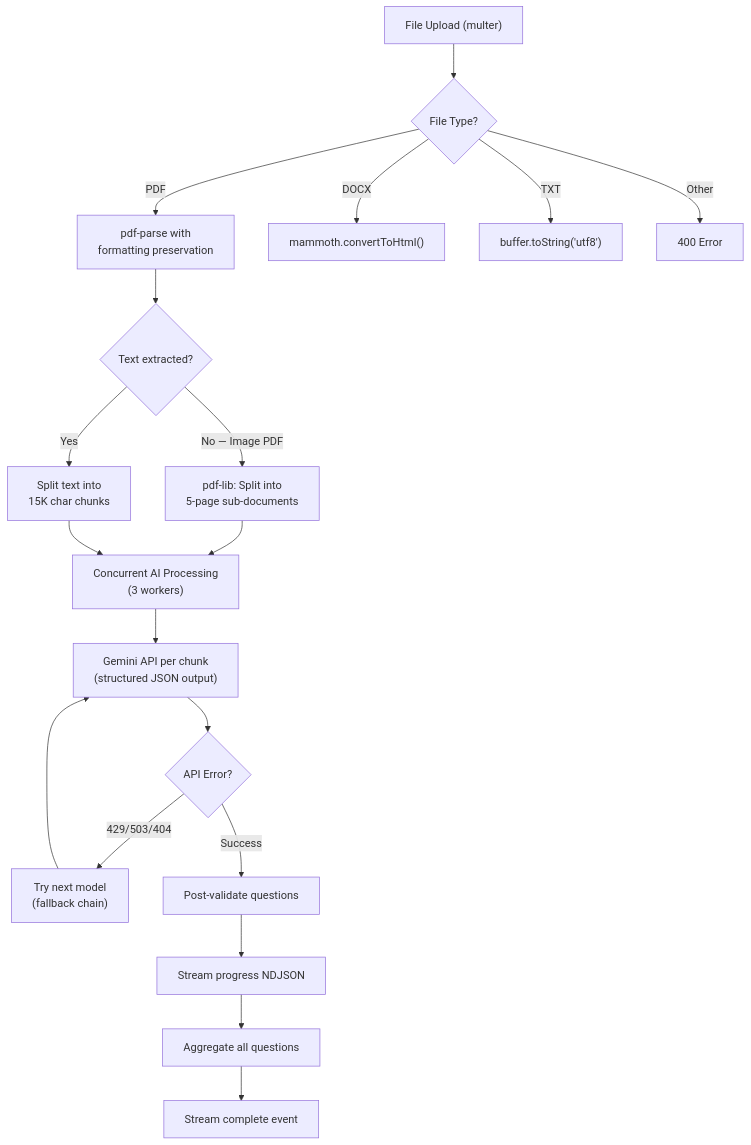
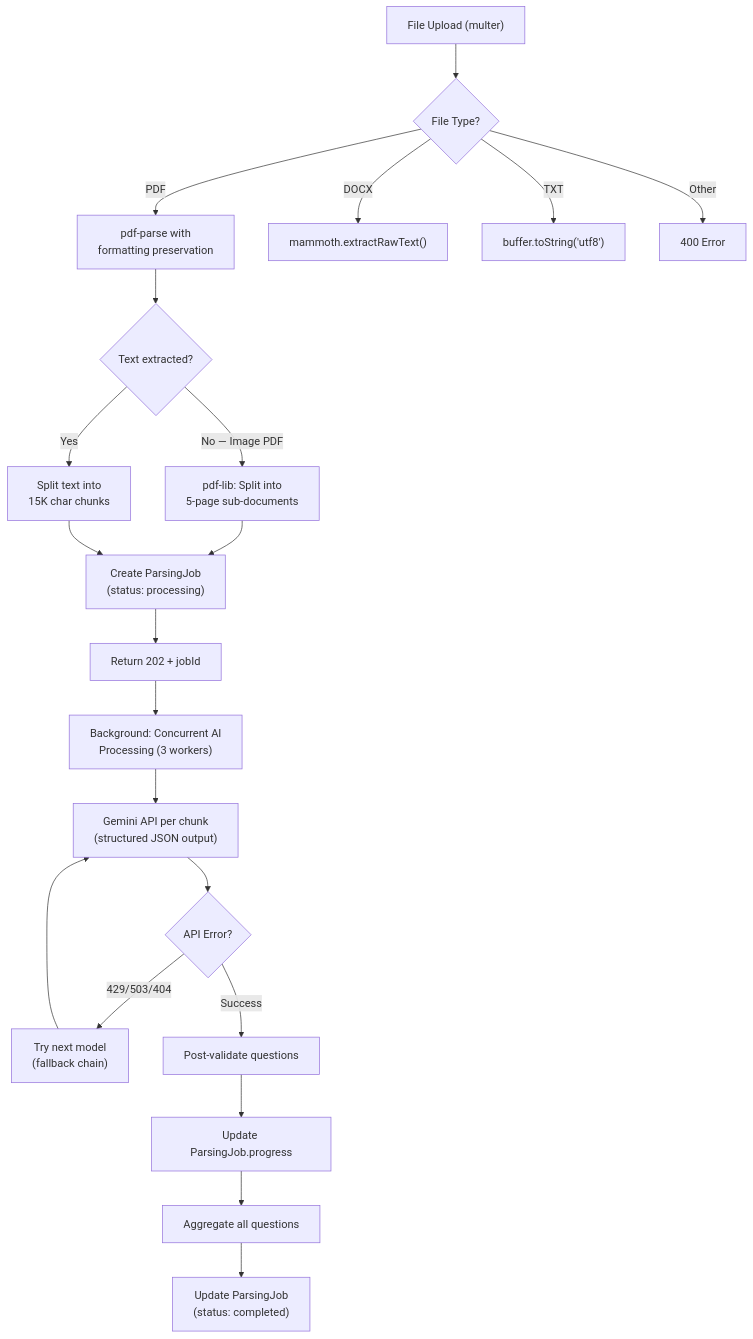
The third of 5 diagrams in docs/TECHNICAL_DOCUMENTATION.md (shshwtkhr/quiz-app), drawn with Mermaid before and after one commit. The commit also changed other lines of this file and 1 other file, not shown here.

````diff
--- a/docs/TECHNICAL_DOCUMENTATION.md
+++ b/docs/TECHNICAL_DOCUMENTATION.md
@@ -613,25 +715,27 @@
 ```mermaid
 flowchart TD
     A["File Upload (multer)"] --> B{File Type?}
     B -->|PDF| C["pdf-parse with<br/>formatting preservation"]
-    B -->|DOCX| D["mammoth.convertToHtml()"]
+    B -->|DOCX| D["mammoth.extractRawText()"]
     B -->|TXT| E["buffer.toString('utf8')"]
     B -->|Other| F["400 Error"]
 
     C --> G{Text extracted?}
     G -->|No — Image PDF| H["pdf-lib: Split into<br/>5-page sub-documents"]
     G -->|Yes| I["Split text into<br/>15K char chunks"]
     
-    H --> J["Concurrent AI Processing<br/>(3 workers)"]
-    I --> J
+    H --> J0["Create ParsingJob<br/>(status: processing)"]
+    I --> J0
+    J0 --> J0b["Return 202 + jobId"]
+    J0b --> J["Background: Concurrent AI<br/>Processing (3 workers)"]
 
     J --> K["Gemini API per chunk<br/>(structured JSON output)"]
     K --> L{API Error?}
     L -->|429/503/404| M["Try next model<br/>(fallback chain)"]
     L -->|Success| N["Post-validate questions"]
     M --> K
 
-    N --> O["Stream progress NDJSON"]
+    N --> O["Update ParsingJob.progress"]
     O --> P["Aggregate all questions"]
-    P --> Q["Stream complete event"]
+    P --> Q["Update ParsingJob<br/>(status: completed)"]
 ```
````
